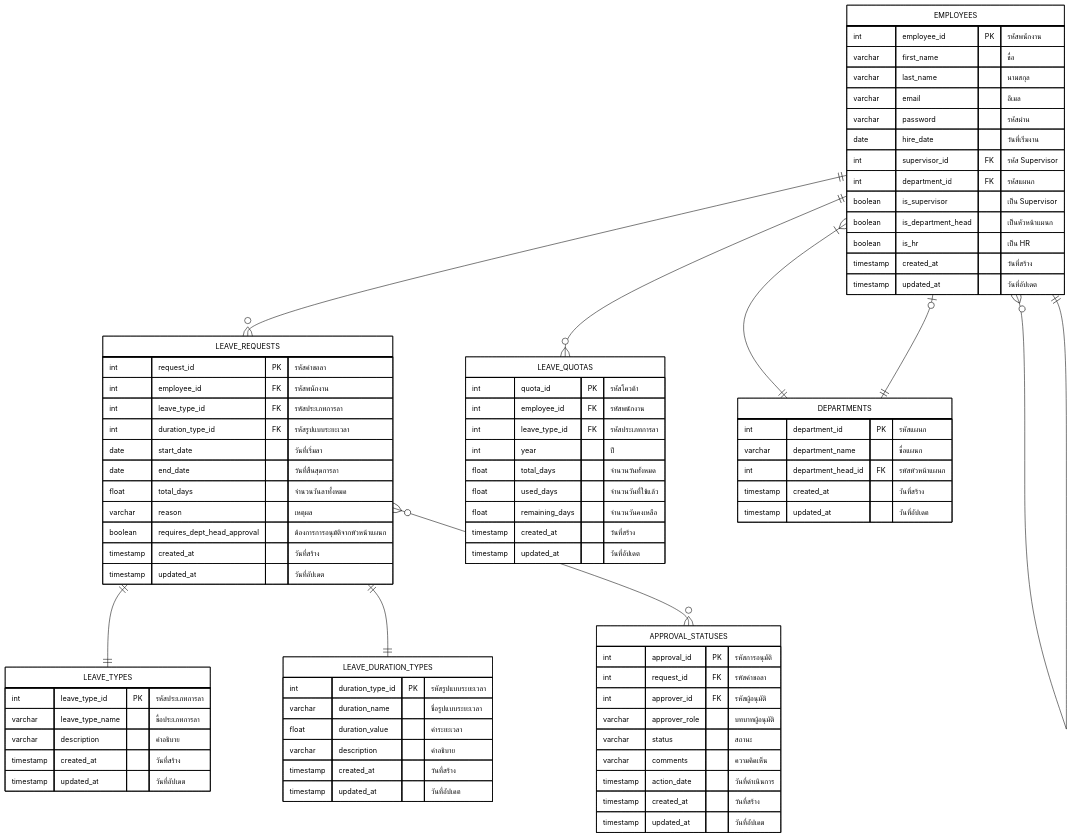
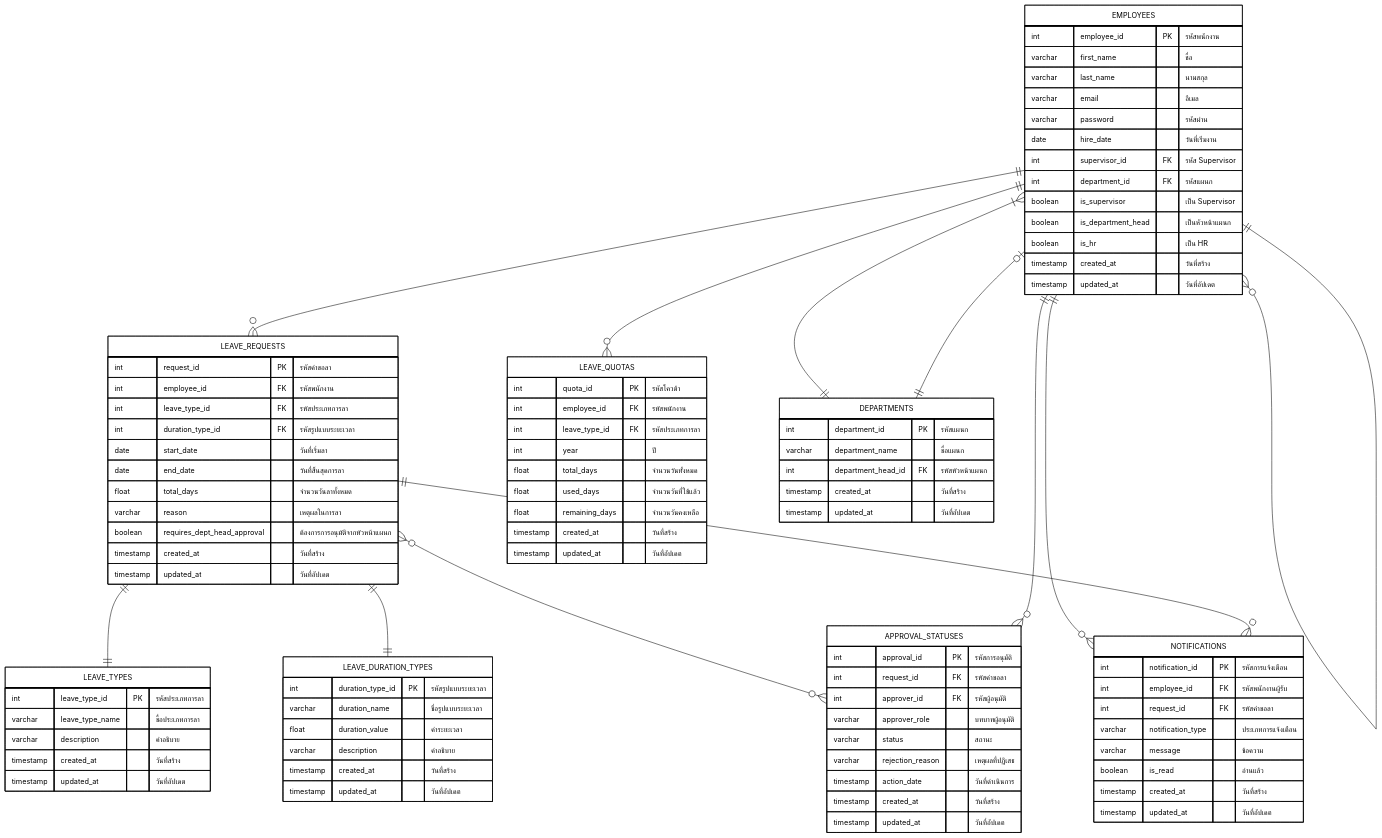
Before and after one commit to TezukaStar/employee-leave-management-system: the diagram in diagrams/mermaid/er-diagram.mmd, drawn with Mermaid. The commit also changed 17 other files, not shown here.

Commit message:
update doc and diagram

```diff
--- a/diagrams/mermaid/er-diagram.mmd
+++ b/diagrams/mermaid/er-diagram.mmd
@@ -1,101 +1,115 @@
 ---
 config:
   theme: base
   themeVariables:
     primaryColor: '#ffffff'
     primaryTextColor: '#000000'
     primaryBorderColor: '#000000'
     lineColor: '#000000'
     secondaryColor: '#ffffff'
     tertiaryColor: '#ffffff'
     fontSize: 14px
   layout: fixed
 ---
 erDiagram
     EMPLOYEES ||--o{ LEAVE_REQUESTS : ""
     EMPLOYEES ||--o{ LEAVE_QUOTAS : ""
     EMPLOYEES }|--|| DEPARTMENTS : ""
     EMPLOYEES }o--|| EMPLOYEES : ""
     DEPARTMENTS ||--o| EMPLOYEES : ""
     LEAVE_REQUESTS ||--|| LEAVE_TYPES : ""
     LEAVE_REQUESTS ||--|| LEAVE_DURATION_TYPES : ""
     LEAVE_REQUESTS }o--o{ APPROVAL_STATUSES : ""
-    
+    EMPLOYEES ||--o{ APPROVAL_STATUSES : ""
+    EMPLOYEES ||--o{ NOTIFICATIONS : ""
+    LEAVE_REQUESTS ||--o{ NOTIFICATIONS : ""
+
     EMPLOYEES {
         int employee_id PK "รหัสพนักงาน"
         varchar first_name "ชื่อ"
         varchar last_name "นามสกุล"
         varchar email "อีเมล"
         varchar password "รหัสผ่าน"
         date hire_date "วันที่เริ่มงาน"
         int supervisor_id FK "รหัส Supervisor"
         int department_id FK "รหัสแผนก"
         boolean is_supervisor "เป็น Supervisor"
         boolean is_department_head "เป็นหัวหน้าแผนก"
         boolean is_hr "เป็น HR"
         timestamp created_at "วันที่สร้าง"
         timestamp updated_at "วันที่อัปเดต"
     }
     
     DEPARTMENTS {
         int department_id PK "รหัสแผนก"
         varchar department_name "ชื่อแผนก"
         int department_head_id FK "รหัสหัวหน้าแผนก"
         timestamp created_at "วันที่สร้าง"
         timestamp updated_at "วันที่อัปเดต"
     }
     
     LEAVE_TYPES {
         int leave_type_id PK "รหัสประเภทการลา"
         varchar leave_type_name "ชื่อประเภทการลา"
         varchar description "คำอธิบาย"
         timestamp created_at "วันที่สร้าง"
         timestamp updated_at "วันที่อัปเดต"
     }
     
     LEAVE_DURATION_TYPES {
         int duration_type_id PK "รหัสรูปแบบระยะเวลา"
         varchar duration_name "ชื่อรูปแบบระยะเวลา"
         float duration_value "ค่าระยะเวลา"
         varchar description "คำอธิบาย"
         timestamp created_at "วันที่สร้าง"
         timestamp updated_at "วันที่อัปเดต"
     }
     
     LEAVE_QUOTAS {
         int quota_id PK "รหัสโควต้า"
         int employee_id FK "รหัสพนักงาน"
         int leave_type_id FK "รหัสประเภทการลา"
         int year "ปี"
         float total_days "จำนวนวันทั้งหมด"
         float used_days "จำนวนวันที่ใช้แล้ว"
         float remaining_days "จำนวนวันคงเหลือ"
         timestamp created_at "วันที่สร้าง"
         timestamp updated_at "วันที่อัปเดต"
     }
     
     LEAVE_REQUESTS {
         int request_id PK "รหัสคำขอลา"
         int employee_id FK "รหัสพนักงาน"
         int leave_type_id FK "รหัสประเภทการลา"
         int duration_type_id FK "รหัสรูปแบบระยะเวลา"
         date start_date "วันที่เริ่มลา"
         date end_date "วันที่สิ้นสุดการลา"
         float total_days "จำนวนวันลาทั้งหมด"
-        varchar reason "เหตุผล"
+        varchar reason "เหตุผลในการลา"
         boolean requires_dept_head_approval "ต้องการการอนุมัติจากหัวหน้าแผนก"
         timestamp created_at "วันที่สร้าง"
         timestamp updated_at "วันที่อัปเดต"
     }
     
     APPROVAL_STATUSES {
         int approval_id PK "รหัสการอนุมัติ"
         int request_id FK "รหัสคำขอลา"
         int approver_id FK "รหัสผู้อนุมัติ"
         varchar approver_role "บทบาทผู้อนุมัติ"
         varchar status "สถานะ"
-        varchar comments "ความคิดเห็น"
+        varchar rejection_reason "เหตุผลที่ปฏิเสธ"
         timestamp action_date "วันที่ดำเนินการ"
         timestamp created_at "วันที่สร้าง"
         timestamp updated_at "วันที่อัปเดต"
     }
+    
+    NOTIFICATIONS {
+        int notification_id PK "รหัสการแจ้งเตือน"
+        int employee_id FK "รหัสพนักงานผู้รับ"
+        int request_id FK "รหัสคำขอลา"
+        varchar notification_type "ประเภทการแจ้งเตือน"
+        varchar message "ข้อความ"
+        boolean is_read "อ่านแล้ว"
+        timestamp created_at "วันที่สร้าง"
+        timestamp updated_at "วันที่อัปเดต"
+    }
```
